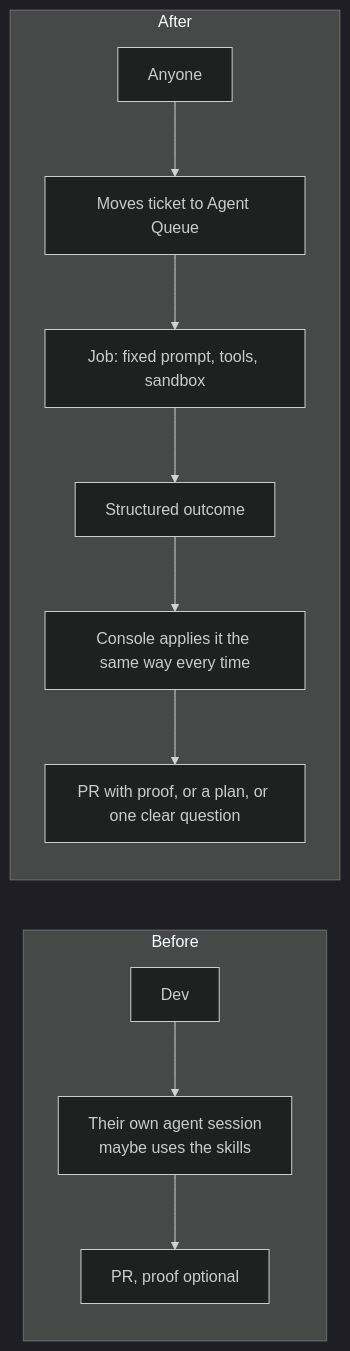
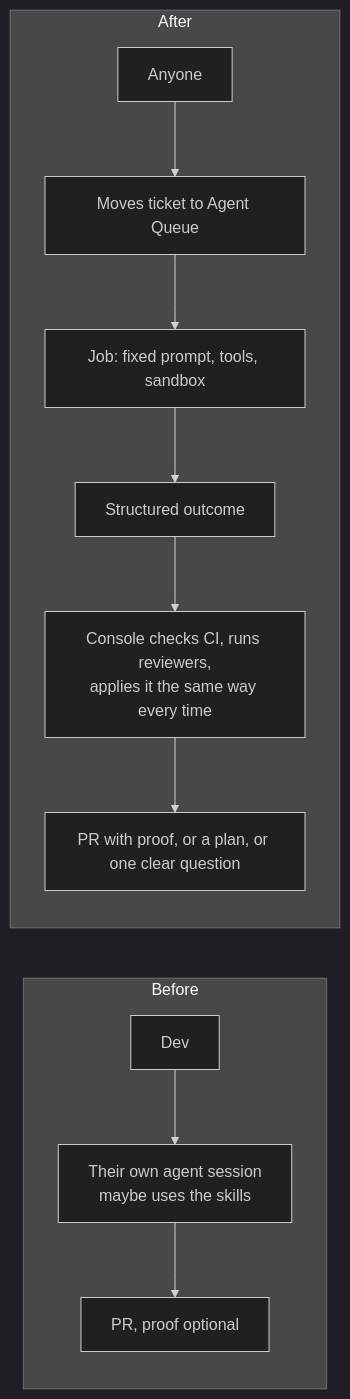
The diagram in docs/01-why.md (alairock/agent-console-spec), drawn with Mermaid (dark theme) before and after one commit. The commit also changed other lines of this file and 16 other files, not shown here.

````diff
--- a/docs/01-why.md
+++ b/docs/01-why.md
@@ -18,14 +18,14 @@
 ```mermaid
 flowchart LR
   subgraph Before
     D1[Dev] --> S1[Their own agent session<br/>maybe uses the skills]
     S1 --> P1[PR, proof optional]
   end
   subgraph After
     D2[Anyone] --> Q[Moves ticket to Agent Queue]
     Q --> J[Job: fixed prompt, tools, sandbox]
     J --> O[Structured outcome]
-    O --> C[Console applies it the same way every time]
+    O --> C[Console checks CI, runs reviewers,<br/>applies it the same way every time]
     C --> P2[PR with proof, or a plan, or one clear question]
   end
 ```
````
